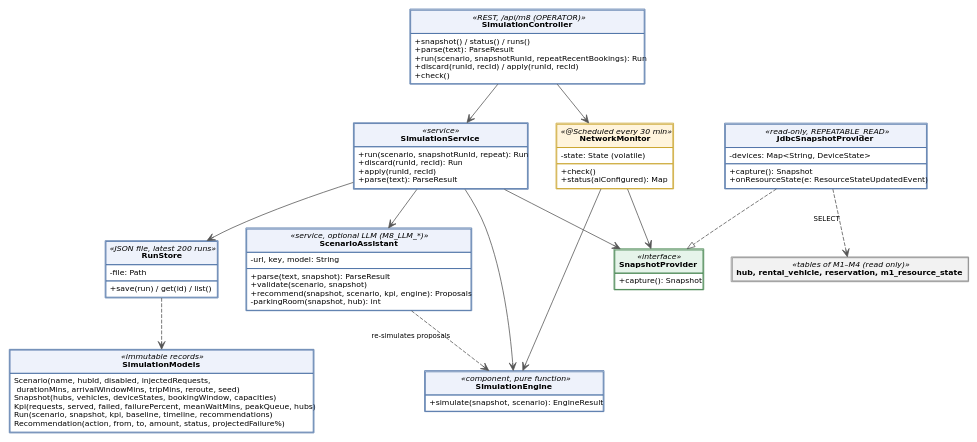
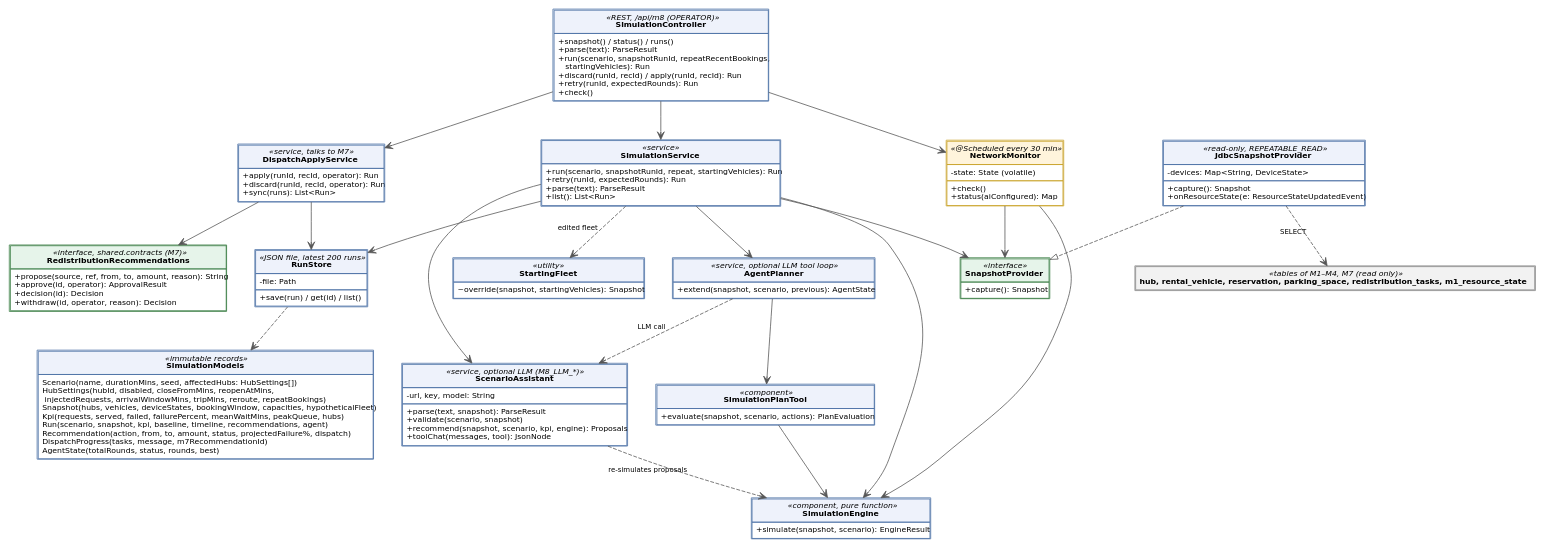
Before and after one commit to Jennie3306/smart-emobility-hub: the diagram in docs/tools_for_figures/graphviz_dot/m8/m8_class.dot, drawn with Graphviz. The commit also changed 22 other files, not shown here.

First line of the commit message:
[DOCS][M8] Update M8 diagrams, contracts, runbook and screenshots to the current behavior

```diff
--- a/docs/tools_for_figures/graphviz_dot/m8/m8_class.dot
+++ b/docs/tools_for_figures/graphviz_dot/m8/m8_class.dot
@@ -1,26 +1,39 @@
 digraph G {
 rankdir=TB; splines=ortho; nodesep=0.5; ranksep=0.7; splines=true;
 node [shape=plain, fontname="DejaVu Sans", fontsize=10]; edge [fontname="DejaVu Sans", fontsize=9, color="#555555"];
-"SimulationController" [label=<<table border="1" cellborder="1" cellspacing="0" cellpadding="4" color="#4a6fa5"><tr><td bgcolor="#eef2fb" align="center"><font point-size="10"><i>&laquo;REST, /api/m8 (OPERATOR)&raquo;</i></font><br/><b>SimulationController</b></td></tr><tr><td align="left" balign="left">+snapshot() / status() / runs()<br align="left"/>+parse(text): ParseResult<br align="left"/>+run(scenario, snapshotRunId, repeatRecentBookings): Run<br align="left"/>+discard(runId, recId) / apply(runId, recId)<br align="left"/>+check()<br align="left"/></td></tr></table>>];
-"SimulationService" [label=<<table border="1" cellborder="1" cellspacing="0" cellpadding="4" color="#4a6fa5"><tr><td bgcolor="#eef2fb" align="center"><font point-size="10"><i>&laquo;service&raquo;</i></font><br/><b>SimulationService</b></td></tr><tr><td align="left" balign="left">+run(scenario, snapshotRunId, repeat): Run<br align="left"/>+discard(runId, recId): Run<br align="left"/>+apply(runId, recId)<br align="left"/>+parse(text): ParseResult<br align="left"/></td></tr></table>>];
-"ScenarioAssistant" [label=<<table border="1" cellborder="1" cellspacing="0" cellpadding="4" color="#4a6fa5"><tr><td bgcolor="#eef2fb" align="center"><font point-size="10"><i>&laquo;service, optional LLM (M8_LLM_*)&raquo;</i></font><br/><b>ScenarioAssistant</b></td></tr><tr><td align="left" balign="left">-url, key, model: String<br align="left"/></td></tr><tr><td align="left" balign="left">+parse(text, snapshot): ParseResult<br align="left"/>+validate(scenario, snapshot)<br align="left"/>+recommend(snapshot, scenario, kpi, engine): Proposals<br align="left"/>-parkingRoom(snapshot, hub): int<br align="left"/></td></tr></table>>];
+"SimulationController" [label=<<table border="1" cellborder="1" cellspacing="0" cellpadding="4" color="#4a6fa5"><tr><td bgcolor="#eef2fb" align="center"><font point-size="10"><i>&laquo;REST, /api/m8 (OPERATOR)&raquo;</i></font><br/><b>SimulationController</b></td></tr><tr><td align="left" balign="left">+snapshot() / status() / runs()<br align="left"/>+parse(text): ParseResult<br align="left"/>+run(scenario, snapshotRunId, repeatRecentBookings,<br align="left"/>    startingVehicles): Run<br align="left"/>+discard(runId, recId) / apply(runId, recId): Run<br align="left"/>+retry(runId, expectedRounds): Run<br align="left"/>+check()<br align="left"/></td></tr></table>>];
+"SimulationService" [label=<<table border="1" cellborder="1" cellspacing="0" cellpadding="4" color="#4a6fa5"><tr><td bgcolor="#eef2fb" align="center"><font point-size="10"><i>&laquo;service&raquo;</i></font><br/><b>SimulationService</b></td></tr><tr><td align="left" balign="left">+run(scenario, snapshotRunId, repeat, startingVehicles): Run<br align="left"/>+retry(runId, expectedRounds): Run<br align="left"/>+parse(text): ParseResult<br align="left"/>+list(): List&lt;Run&gt;<br align="left"/></td></tr></table>>];
+"DispatchApplyService" [label=<<table border="1" cellborder="1" cellspacing="0" cellpadding="4" color="#4a6fa5"><tr><td bgcolor="#eef2fb" align="center"><font point-size="10"><i>&laquo;service, talks to M7&raquo;</i></font><br/><b>DispatchApplyService</b></td></tr><tr><td align="left" balign="left">+apply(runId, recId, operator): Run<br align="left"/>+discard(runId, recId, operator): Run<br align="left"/>+sync(runs): List&lt;Run&gt;<br align="left"/></td></tr></table>>];
+"AgentPlanner" [label=<<table border="1" cellborder="1" cellspacing="0" cellpadding="4" color="#4a6fa5"><tr><td bgcolor="#eef2fb" align="center"><font point-size="10"><i>&laquo;service, optional LLM tool loop&raquo;</i></font><br/><b>AgentPlanner</b></td></tr><tr><td align="left" balign="left">+extend(snapshot, scenario, previous): AgentState<br align="left"/></td></tr></table>>];
+"SimulationPlanTool" [label=<<table border="1" cellborder="1" cellspacing="0" cellpadding="4" color="#4a6fa5"><tr><td bgcolor="#eef2fb" align="center"><font point-size="10"><i>&laquo;component&raquo;</i></font><br/><b>SimulationPlanTool</b></td></tr><tr><td align="left" balign="left">+evaluate(snapshot, scenario, actions): PlanEvaluation<br align="left"/></td></tr></table>>];
+"ScenarioAssistant" [label=<<table border="1" cellborder="1" cellspacing="0" cellpadding="4" color="#4a6fa5"><tr><td bgcolor="#eef2fb" align="center"><font point-size="10"><i>&laquo;service, optional LLM (M8_LLM_*)&raquo;</i></font><br/><b>ScenarioAssistant</b></td></tr><tr><td align="left" balign="left">-url, key, model: String<br align="left"/></td></tr><tr><td align="left" balign="left">+parse(text, snapshot): ParseResult<br align="left"/>+validate(scenario, snapshot)<br align="left"/>+recommend(snapshot, scenario, kpi, engine): Proposals<br align="left"/>+toolChat(messages, tool): JsonNode<br align="left"/></td></tr></table>>];
+"StartingFleet" [label=<<table border="1" cellborder="1" cellspacing="0" cellpadding="4" color="#4a6fa5"><tr><td bgcolor="#eef2fb" align="center"><font point-size="10"><i>&laquo;utility&raquo;</i></font><br/><b>StartingFleet</b></td></tr><tr><td align="left" balign="left">~override(snapshot, startingVehicles): Snapshot<br align="left"/></td></tr></table>>];
 "SimulationEngine" [label=<<table border="1" cellborder="1" cellspacing="0" cellpadding="4" color="#4a6fa5"><tr><td bgcolor="#eef2fb" align="center"><font point-size="10"><i>&laquo;component, pure function&raquo;</i></font><br/><b>SimulationEngine</b></td></tr><tr><td align="left" balign="left">+simulate(snapshot, scenario): EngineResult<br align="left"/></td></tr></table>>];
 "SnapshotProvider" [label=<<table border="1" cellborder="1" cellspacing="0" cellpadding="4" color="#3a7d44"><tr><td bgcolor="#e6f4ea" align="center"><font point-size="10"><i>&laquo;interface&raquo;</i></font><br/><b>SnapshotProvider</b></td></tr><tr><td align="left" balign="left">+capture(): Snapshot<br align="left"/></td></tr></table>>];
 "JdbcSnapshotProvider" [label=<<table border="1" cellborder="1" cellspacing="0" cellpadding="4" color="#4a6fa5"><tr><td bgcolor="#eef2fb" align="center"><font point-size="10"><i>&laquo;read-only, REPEATABLE_READ&raquo;</i></font><br/><b>JdbcSnapshotProvider</b></td></tr><tr><td align="left" balign="left">-devices: Map&lt;String, DeviceState&gt;<br align="left"/></td></tr><tr><td align="left" balign="left">+capture(): Snapshot<br align="left"/>+onResourceState(e: ResourceStateUpdatedEvent)<br align="left"/></td></tr></table>>];
+"RedistributionRecommendations" [label=<<table border="1" cellborder="1" cellspacing="0" cellpadding="4" color="#3a7d44"><tr><td bgcolor="#e6f4ea" align="center"><font point-size="10"><i>&laquo;interface, shared.contracts (M7)&raquo;</i></font><br/><b>RedistributionRecommendations</b></td></tr><tr><td align="left" balign="left">+propose(source, ref, from, to, amount, reason): String<br align="left"/>+approve(id, operator): ApprovalResult<br align="left"/>+decision(id): Decision<br align="left"/>+withdraw(id, operator, reason): Decision<br align="left"/></td></tr></table>>];
 "RunStore" [label=<<table border="1" cellborder="1" cellspacing="0" cellpadding="4" color="#4a6fa5"><tr><td bgcolor="#eef2fb" align="center"><font point-size="10"><i>&laquo;JSON file, latest 200 runs&raquo;</i></font><br/><b>RunStore</b></td></tr><tr><td align="left" balign="left">-file: Path<br align="left"/></td></tr><tr><td align="left" balign="left">+save(run) / get(id) / list()<br align="left"/></td></tr></table>>];
 "NetworkMonitor" [label=<<table border="1" cellborder="1" cellspacing="0" cellpadding="4" color="#c9a227"><tr><td bgcolor="#fff4dc" align="center"><font point-size="10"><i>&laquo;@Scheduled every 30 min&raquo;</i></font><br/><b>NetworkMonitor</b></td></tr><tr><td align="left" balign="left">-state: State (volatile)<br align="left"/></td></tr><tr><td align="left" balign="left">+check()<br align="left"/>+status(aiConfigured): Map<br align="left"/></td></tr></table>>];
-"SimulationModels" [label=<<table border="1" cellborder="1" cellspacing="0" cellpadding="4" color="#4a6fa5"><tr><td bgcolor="#eef2fb" align="center"><font point-size="10"><i>&laquo;immutable records&raquo;</i></font><br/><b>SimulationModels</b></td></tr><tr><td align="left" balign="left">Scenario(name, hubId, disabled, injectedRequests,<br align="left"/>  durationMins, arrivalWindowMins, tripMins, reroute, seed)<br align="left"/>Snapshot(hubs, vehicles, deviceStates, bookingWindow, capacities)<br align="left"/>Kpi(requests, served, failed, failurePercent, meanWaitMins, peakQueue, hubs)<br align="left"/>Run(scenario, snapshot, kpi, baseline, timeline, recommendations)<br align="left"/>Recommendation(action, from, to, amount, status, projectedFailure%)<br align="left"/></td></tr></table>>];
-"hub, rental_vehicle, reservation, m1_resource_state" [label=<<table border="1" cellborder="1" cellspacing="0" cellpadding="4" color="#888888"><tr><td bgcolor="#f2f2f2" align="center"><font point-size="10"><i>&laquo;tables of M1–M4 (read only)&raquo;</i></font><br/><b>hub, rental_vehicle, reservation, m1_resource_state</b></td></tr></table>>];
+"SimulationModels" [label=<<table border="1" cellborder="1" cellspacing="0" cellpadding="4" color="#4a6fa5"><tr><td bgcolor="#eef2fb" align="center"><font point-size="10"><i>&laquo;immutable records&raquo;</i></font><br/><b>SimulationModels</b></td></tr><tr><td align="left" balign="left">Scenario(name, durationMins, seed, affectedHubs: HubSettings[])<br align="left"/>HubSettings(hubId, disabled, closeFromMins, reopenAtMins,<br align="left"/>  injectedRequests, arrivalWindowMins, tripMins, reroute, repeatBookings)<br align="left"/>Snapshot(hubs, vehicles, deviceStates, bookingWindow, capacities, hypotheticalFleet)<br align="left"/>Kpi(requests, served, failed, failurePercent, meanWaitMins, peakQueue, hubs)<br align="left"/>Run(scenario, snapshot, kpi, baseline, timeline, recommendations, agent)<br align="left"/>Recommendation(action, from, to, amount, status, projectedFailure%, dispatch)<br align="left"/>DispatchProgress(tasks, message, m7RecommendationId)<br align="left"/>AgentState(totalRounds, status, rounds, best)<br align="left"/></td></tr></table>>];
+"hub, rental_vehicle, reservation, parking_space, redistribution_tasks, m1_resource_state" [label=<<table border="1" cellborder="1" cellspacing="0" cellpadding="4" color="#888888"><tr><td bgcolor="#f2f2f2" align="center"><font point-size="10"><i>&laquo;tables of M1–M4, M7 (read only)&raquo;</i></font><br/><b>hub, rental_vehicle, reservation, parking_space, redistribution_tasks, m1_resource_state</b></td></tr></table>>];
 "SimulationController" -> "SimulationService" [arrowhead=vee, xlabel="" ];
+"SimulationController" -> "DispatchApplyService" [arrowhead=vee, xlabel="" ];
 "SimulationController" -> "NetworkMonitor" [arrowhead=vee, xlabel="" ];
 "SimulationService" -> "SnapshotProvider" [arrowhead=vee, xlabel="" ];
 "SimulationService" -> "SimulationEngine" [arrowhead=vee, xlabel="" ];
 "SimulationService" -> "RunStore" [arrowhead=vee, xlabel="" ];
 "SimulationService" -> "ScenarioAssistant" [arrowhead=vee, xlabel="" ];
+"SimulationService" -> "AgentPlanner" [arrowhead=vee, xlabel="" ];
+"SimulationService" -> "StartingFleet" [style=dashed, arrowhead=vee, xlabel="edited fleet" ];
+"AgentPlanner" -> "SimulationPlanTool" [arrowhead=vee, xlabel="" ];
+"AgentPlanner" -> "ScenarioAssistant" [style=dashed, arrowhead=vee, xlabel="LLM call" ];
+"SimulationPlanTool" -> "SimulationEngine" [arrowhead=vee, xlabel="" ];
 "ScenarioAssistant" -> "SimulationEngine" [style=dashed, arrowhead=vee, xlabel="re-simulates proposals" ];
+"DispatchApplyService" -> "RunStore" [arrowhead=vee, xlabel="" ];
+"DispatchApplyService" -> "RedistributionRecommendations" [arrowhead=vee, xlabel="" ];
 "JdbcSnapshotProvider" -> "SnapshotProvider" [style=dashed, arrowhead=onormal, xlabel="" ];
-"JdbcSnapshotProvider" -> "hub, rental_vehicle, reservation, m1_resource_state" [style=dashed, arrowhead=vee, xlabel="SELECT" ];
+"JdbcSnapshotProvider" -> "hub, rental_vehicle, reservation, parking_space, redistribution_tasks, m1_resource_state" [style=dashed, arrowhead=vee, xlabel="SELECT" ];
 "NetworkMonitor" -> "SnapshotProvider" [arrowhead=vee, xlabel="" ];
 "NetworkMonitor" -> "SimulationEngine" [arrowhead=vee, xlabel="" ];
 "RunStore" -> "SimulationModels" [style=dashed, arrowhead=vee, xlabel="" ];
 }
```
